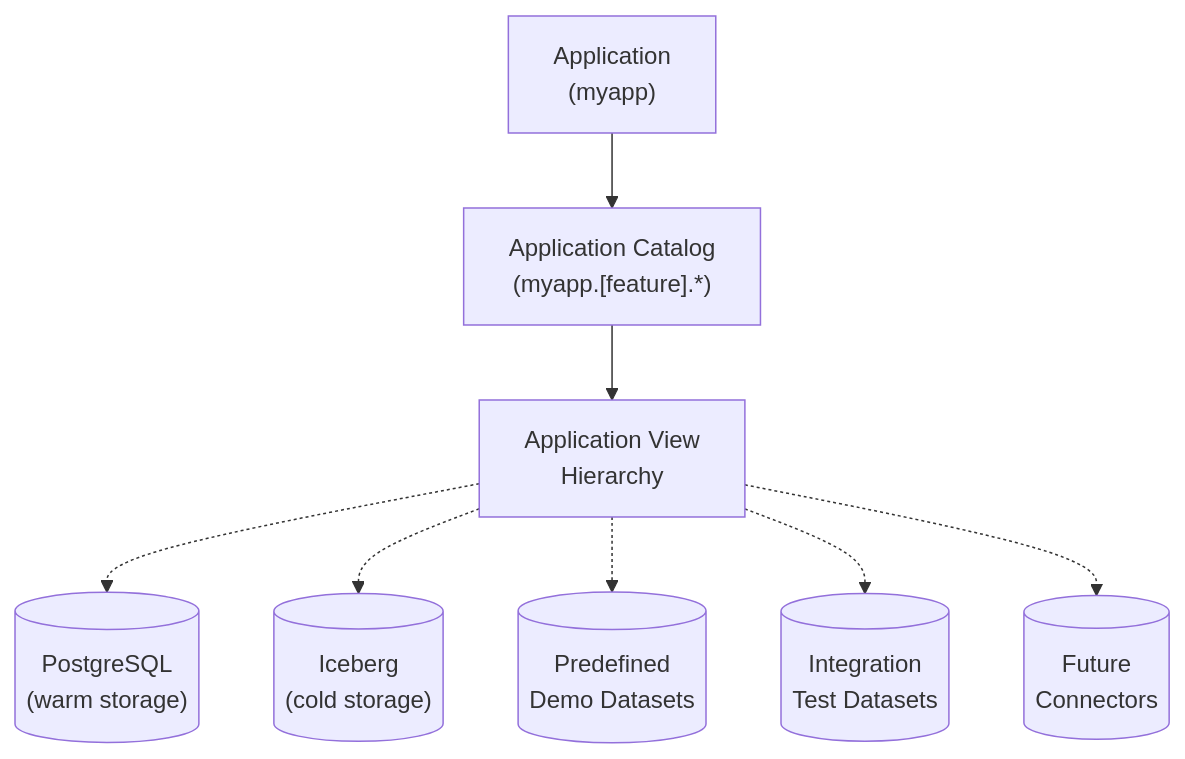
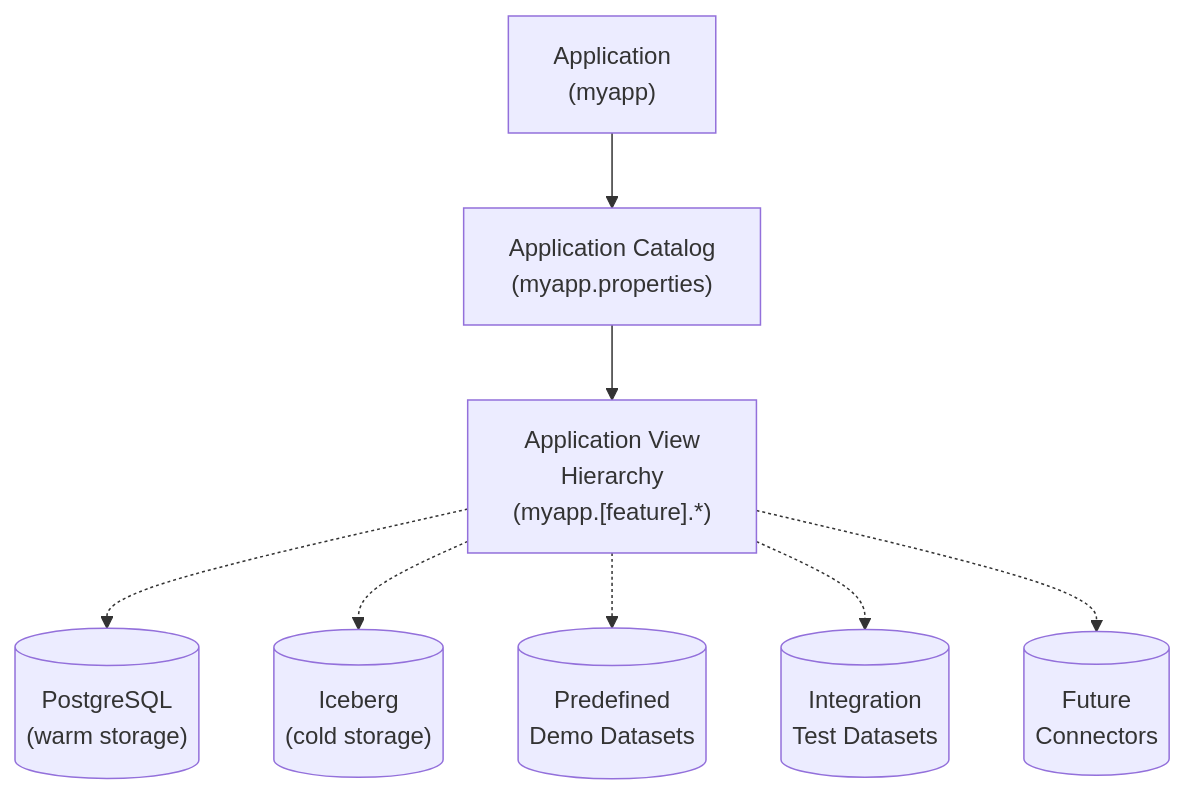
Before and after one commit to robfromboulder/virtual-view-manifesto: the second of 2 diagrams in sections/01-introduction.md, drawn with Mermaid. The commit also changed 1 other file, not shown here.

Commit message:
Tweak diagrams

````diff
--- a/sections/01-introduction.md
+++ b/sections/01-introduction.md
@@ -99,10 +99,10 @@
 ```mermaid
 flowchart TD
-    App["Application<br/>(myapp)"] --> AppCatalog["Application Catalog<br/>(myapp.[feature].*)"]
-    AppCatalog --> Views["Application View<br/>Hierarchy"]
+    App["Application<br/>(myapp)"] --> AppCatalog["Application Catalog<br/>(myapp.properties)"]
+    AppCatalog --> Views["Application View<br/>Hierarchy<br/>(myapp.[feature].*)"]
     Views -.-> PG[("PostgreSQL<br/>(warm storage)")]
     Views -.-> Ice[("Iceberg<br/>(cold storage)")]
     Views -.-> Demo[("Predefined<br/>Demo Datasets")]
     Views -.-> Test[("Integration<br/>Test Datasets")]
     Views -.-> Future[("Future<br/>Connectors")]
 ```
````
